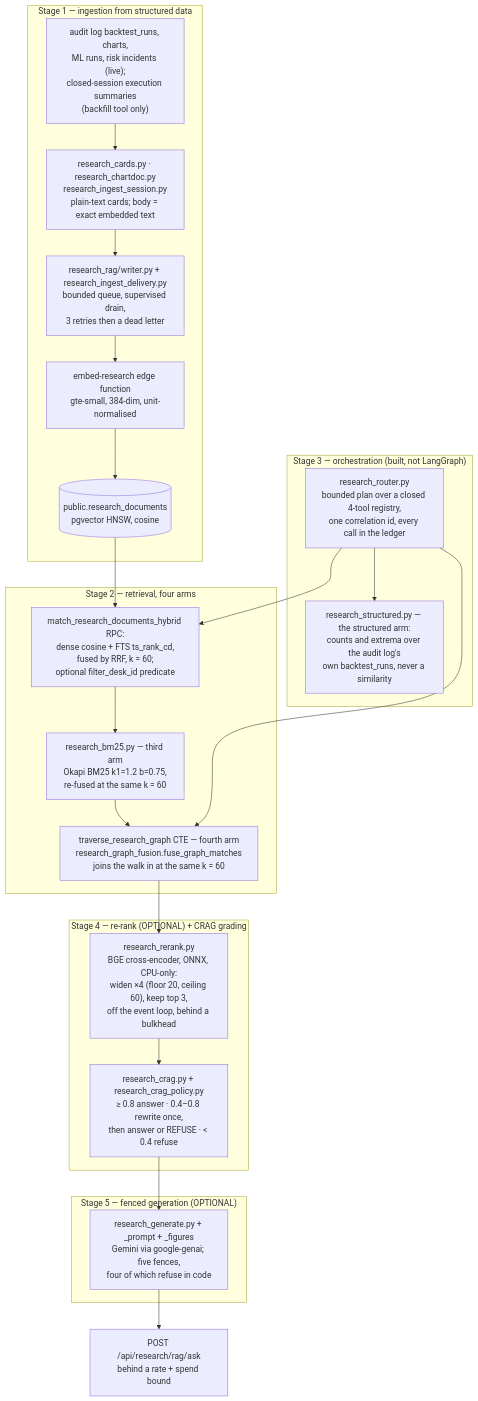
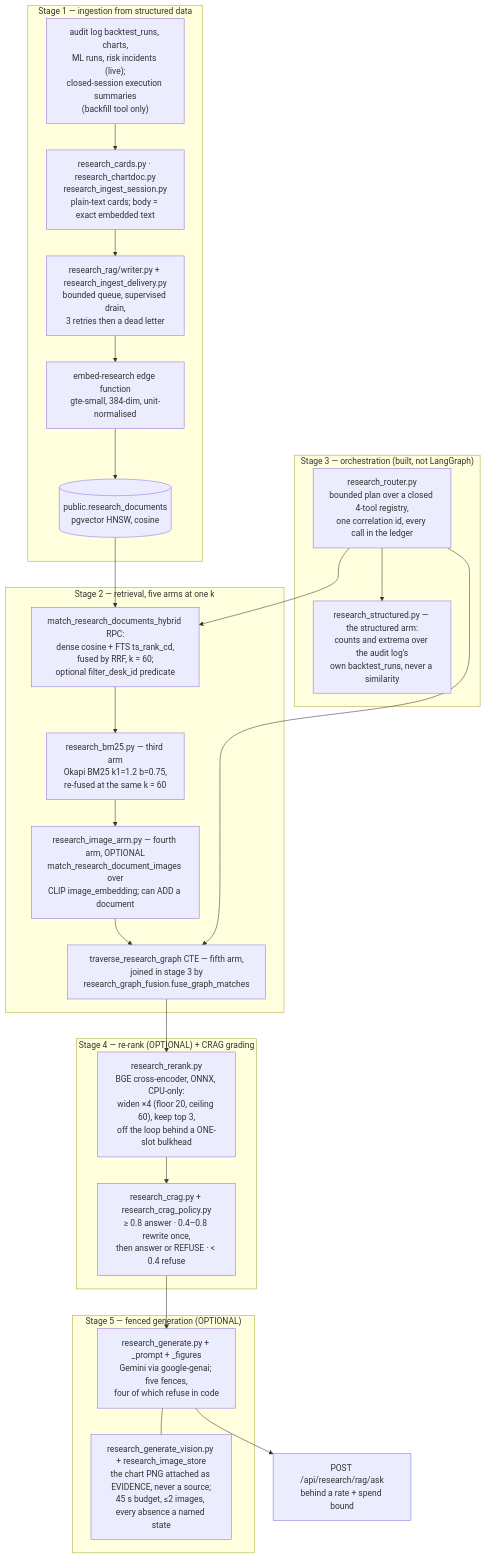
Before and after one commit to Manutd1234/AlphaEngine: the second of 2 diagrams in docs/architecture/ARCHITECTURE.md, drawn with Mermaid. The commit also changed other lines of this file and 23 other files, not shown here.

````diff
--- a/docs/architecture/ARCHITECTURE.md
+++ b/docs/architecture/ARCHITECTURE.md
@@ -270,41 +282,44 @@
 ```mermaid
 flowchart TB
     subgraph s1["Stage 1 — ingestion from structured data"]
         sources["audit log backtest_runs, charts,<br/>ML runs, risk incidents (live);<br/>closed-session execution summaries<br/>(backfill tool only)"]
         cards["research_cards.py · research_chartdoc.py<br/>research_ingest_session.py<br/>plain-text cards; body = exact embedded text"]
         writer["research_rag/writer.py + research_ingest_delivery.py<br/>bounded queue, supervised drain,<br/>3 retries then a dead letter"]
         embed["embed-research edge function<br/>gte-small, 384-dim, unit-normalised"]
         corpus[("public.research_documents<br/>pgvector HNSW, cosine")]
         sources --> cards --> writer --> embed --> corpus
     end
 
-    subgraph s2["Stage 2 — retrieval, four arms"]
+    subgraph s2["Stage 2 — retrieval, five arms at one k"]
         rpc["match_research_documents_hybrid RPC:<br/>dense cosine + FTS ts_rank_cd,<br/>fused by RRF, k = 60;<br/>optional filter_desk_id predicate"]
         bm25["research_bm25.py — third arm<br/>Okapi BM25 k1=1.2 b=0.75,<br/>re-fused at the same k = 60"]
-        gwalk["traverse_research_graph CTE — fourth arm<br/>research_graph_fusion.fuse_graph_matches<br/>joins the walk in at the same k = 60"]
-        rpc --> bm25 --> gwalk
+        imgarm["research_image_arm.py — fourth arm, OPTIONAL<br/>match_research_document_images over<br/>CLIP image_embedding; can ADD a document"]
+        gwalk["traverse_research_graph CTE — fifth arm,<br/>joined in stage 3 by<br/>research_graph_fusion.fuse_graph_matches"]
+        rpc --> bm25 --> imgarm --> gwalk
     end
 
     subgraph s3["Stage 3 — orchestration (built, not LangGraph)"]
         router["research_router.py<br/>bounded plan over a closed 4-tool registry,<br/>one correlation id, every call in the ledger"]
         struct["research_structured.py — the structured arm:<br/>counts and extrema over the audit log's<br/>own backtest_runs, never a similarity"]
     end
 
     subgraph s4["Stage 4 — re-rank (OPTIONAL) + CRAG grading"]
-        rerank["research_rerank.py<br/>BGE cross-encoder, ONNX, CPU-only:<br/>widen ×4 (floor 20, ceiling 60), keep top 3,<br/>off the event loop, behind a bulkhead"]
+        rerank["research_rerank.py<br/>BGE cross-encoder, ONNX, CPU-only:<br/>widen ×4 (floor 20, ceiling 60), keep top 3,<br/>off the loop behind a ONE-slot bulkhead"]
         grade["research_crag.py + research_crag_policy.py<br/>≥ 0.8 answer · 0.4–0.8 rewrite once,<br/>then answer or REFUSE · < 0.4 refuse"]
         rerank --> grade
     end
 
     subgraph s5["Stage 5 — fenced generation (OPTIONAL)"]
         generate["research_generate.py + _prompt + _figures<br/>Gemini via google-genai; five fences,<br/>four of which refuse in code"]
+        vision["research_generate_vision.py + research_image_store<br/>the chart PNG attached as EVIDENCE, never a source;<br/>45 s budget, ≤2 images, every absence a named state"]
+        generate --- vision
     end
 
     corpus --> rpc
     router --> rpc
     router --> gwalk
     router --> struct
     gwalk --> rerank
     grade --> generate
     generate --> ask["POST /api/research/rag/ask<br/>behind a rate + spend bound"]
 ```
````
